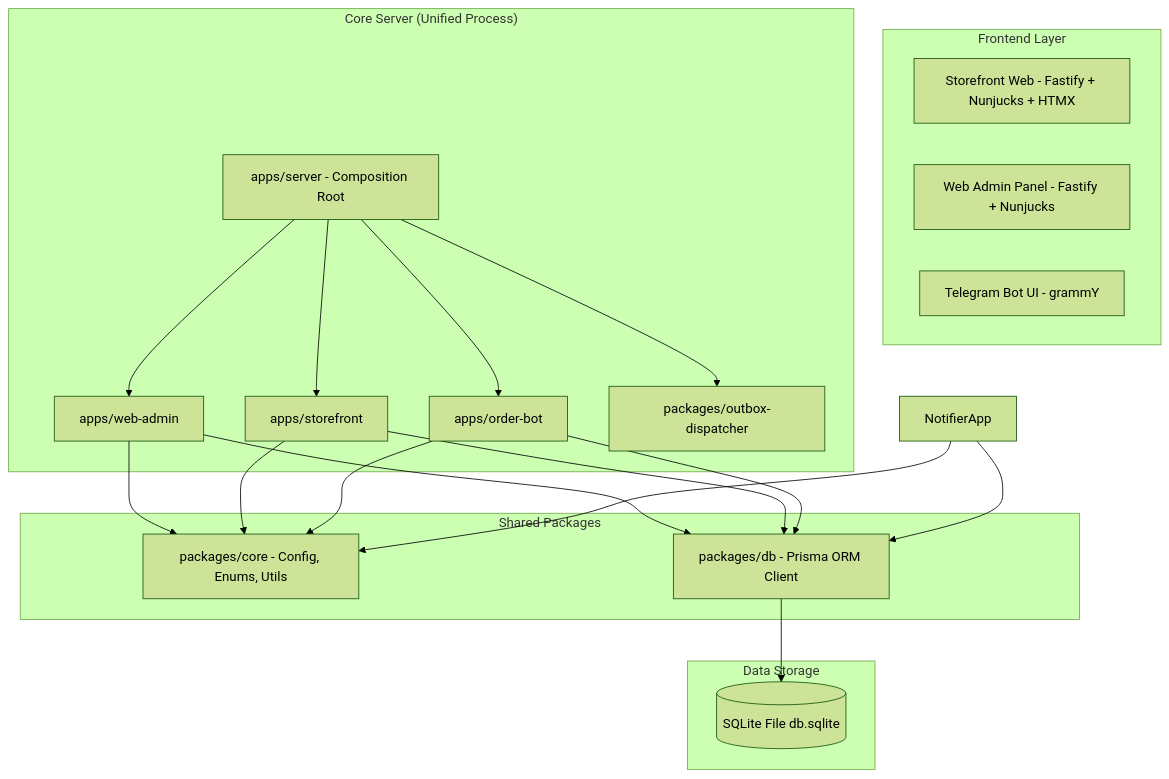
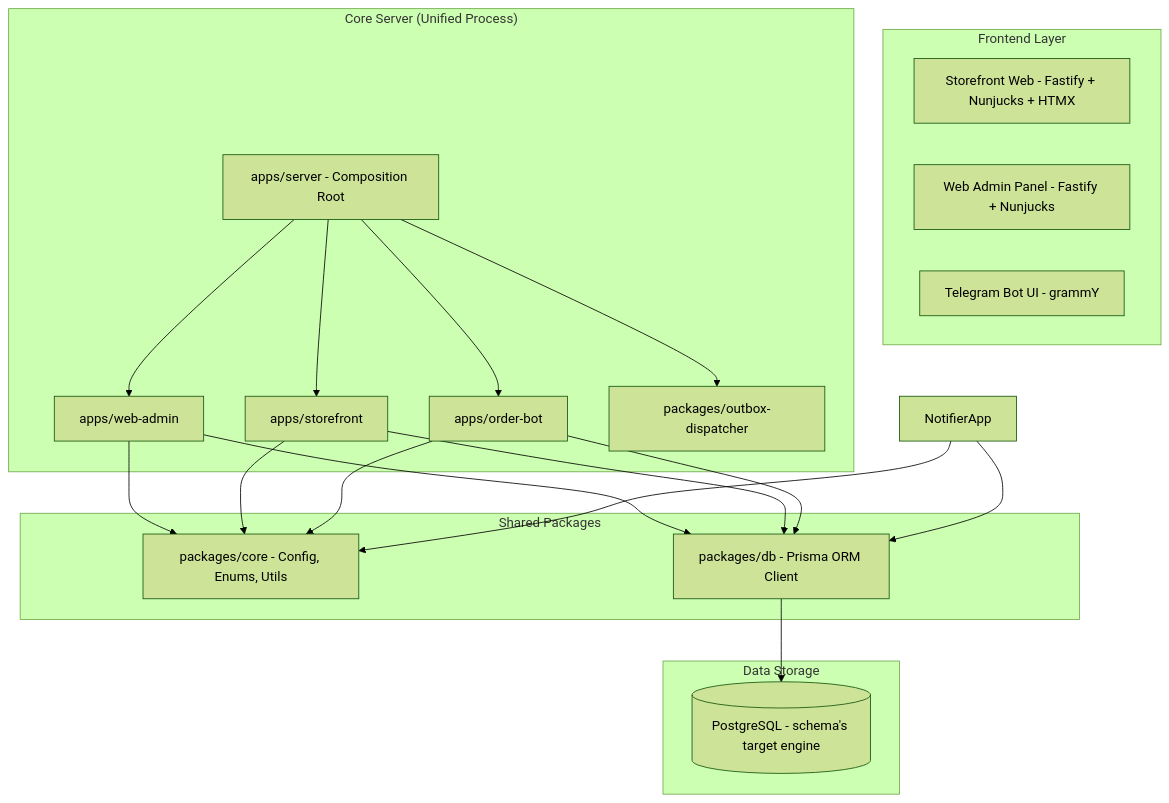
The first of 3 diagrams in docs/PROJECT_ARCHITECTURE.md (ilhamalifsaputra/web-and-bot-order), drawn with Mermaid (forest theme) before and after one commit. The commit also changed other lines of this file and 1 other file, not shown here.

First line of the commit message:
docs: fix stale SQLite-as-current-engine claims in architecture docs

````diff
--- a/docs/PROJECT_ARCHITECTURE.md
+++ b/docs/PROJECT_ARCHITECTURE.md
@@ -11,29 +11,29 @@
 ```mermaid
 graph TD
     subgraph "Frontend Layer"
         ShopFront[Storefront Web - Fastify + Nunjucks + HTMX]
         AdminFront[Web Admin Panel - Fastify + Nunjucks]
         BotUI[Telegram Bot UI - grammY]
     end
     
     subgraph "Core Server (Unified Process)"
         ServerRoot[apps/server - Composition Root]
         ServerRoot --> AdminApp[apps/web-admin]
         ServerRoot --> ShopApp[apps/storefront]
         ServerRoot --> BotApp[apps/order-bot]
         ServerRoot --> DispatcherPkg[packages/outbox-dispatcher]
     end
 
     subgraph "Shared Packages"
         CorePkg[packages/core - Config, Enums, Utils]
         DbPkg[packages/db - Prisma ORM Client]
     end
 
     subgraph "Data Storage"
-        DB[(SQLite File db.sqlite)]
+        DB[(PostgreSQL - schema's target engine)]
     end
 
     AdminApp & ShopApp & BotApp & NotifierApp --> CorePkg
     AdminApp & ShopApp & BotApp & NotifierApp --> DbPkg
     DbPkg --> DB
 ```
````
